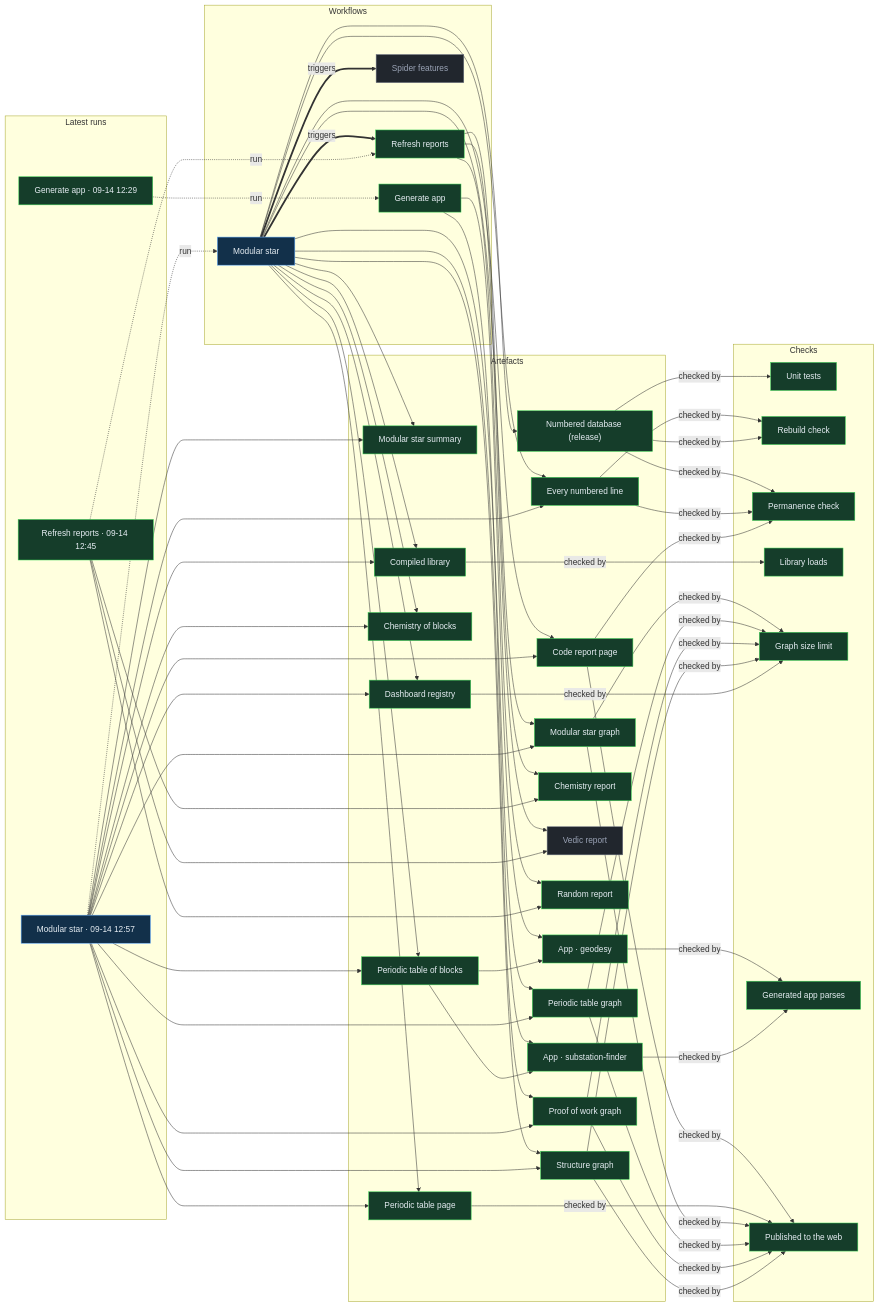
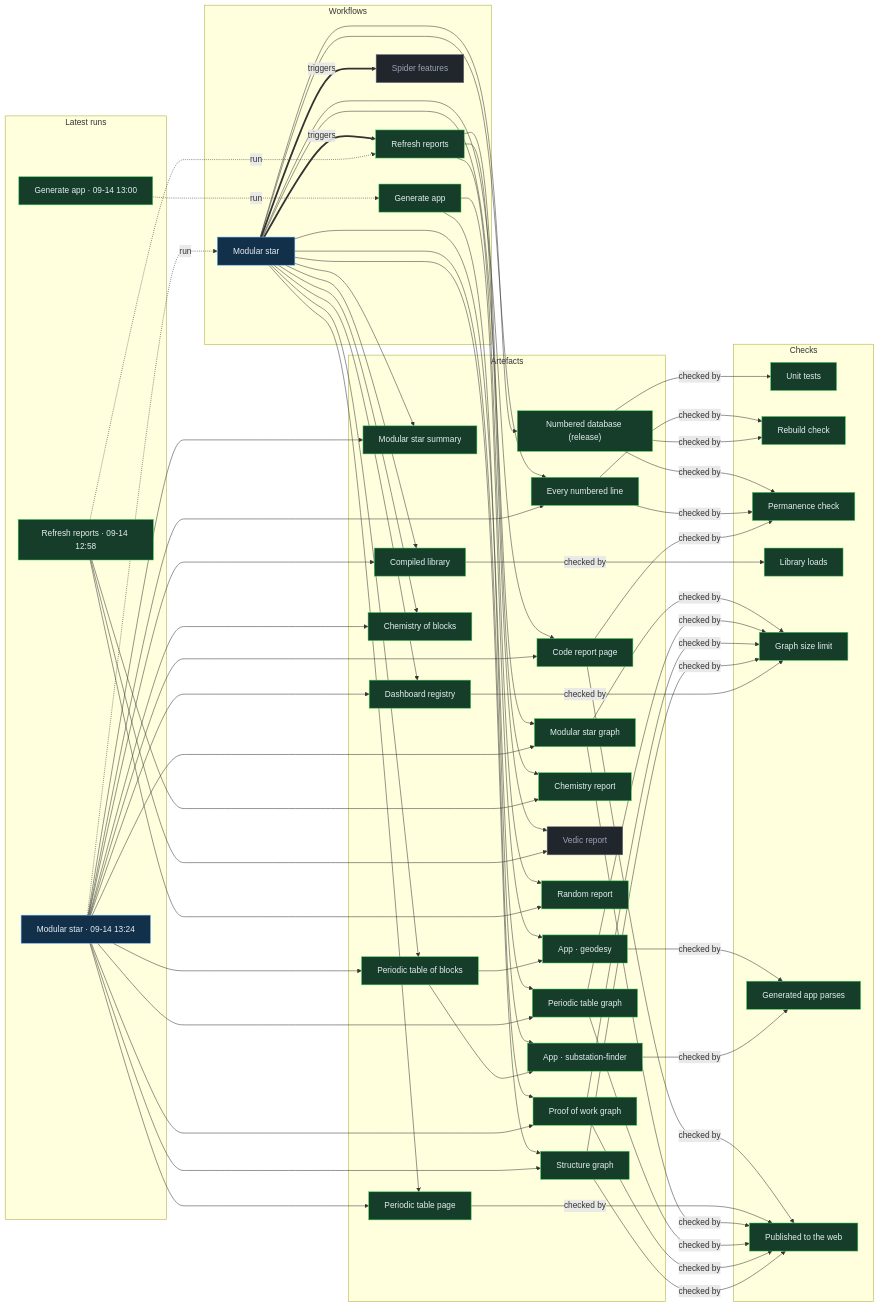
The diagram in proof/PROOF.md (Ventusltd/stars), drawn with Mermaid before and after one commit. The commit also changed other lines of this file and 77 other files, not shown here.

Commit message:
Modular star 2026-09-14T13:27Z

```diff
--- a/proof/PROOF.md
+++ b/proof/PROOF.md
@@ -24,9 +24,9 @@
   n_wf_spider_features["Spider features"]:::off
   end
   subgraph g_runs["Latest runs"]
-  n_run_34846267624["Modular star · 09-14 12:57"]:::live
-  n_run_34845193762["Refresh reports · 09-14 12:45"]:::ok
-  n_run_34843673781["Generate app · 09-14 12:29"]:::ok
+  n_run_34849019066["Modular star · 09-14 13:24"]:::live
+  n_run_34846449004["Refresh reports · 09-14 12:58"]:::ok
+  n_run_34846587798["Generate app · 09-14 13:00"]:::ok
   end
   subgraph g_artefacts["Artefacts"]
   n_art_summary["Modular star summary"]:::ok
@@ -59,39 +59,39 @@
   end
   n_wf_modular_star == triggers ==> n_wf_refresh
   n_wf_modular_star == triggers ==> n_wf_spider_features
-  n_run_34846267624 -. run .-> n_wf_modular_star
-  n_run_34845193762 -. run .-> n_wf_refresh
-  n_run_34843673781 -. run .-> n_wf_generate
+  n_run_34849019066 -. run .-> n_wf_modular_star
+  n_run_34846449004 -. run .-> n_wf_refresh
+  n_run_34846587798 -. run .-> n_wf_generate
   n_wf_modular_star --> n_art_summary
-  n_run_34846267624 --> n_art_summary
+  n_run_34849019066 --> n_art_summary
   n_wf_modular_star --> n_art_lines
-  n_run_34846267624 --> n_art_lines
+  n_run_34849019066 --> n_art_lines
   n_wf_modular_star --> n_art_code
-  n_run_34846267624 --> n_art_code
+  n_run_34849019066 --> n_art_code
   n_wf_modular_star --> n_art_modular_graph
-  n_run_34846267624 --> n_art_modular_graph
+  n_run_34849019066 --> n_art_modular_graph
   n_wf_modular_star --> n_art_blocks
-  n_run_34846267624 --> n_art_blocks
+  n_run_34849019066 --> n_art_blocks
   n_wf_modular_star --> n_art_table
-  n_run_34846267624 --> n_art_table
+  n_run_34849019066 --> n_art_table
   n_wf_modular_star --> n_art_blocks_graph
-  n_run_34846267624 --> n_art_blocks_graph
+  n_run_34849019066 --> n_art_blocks_graph
   n_wf_modular_star --> n_art_reactions
-  n_run_34846267624 --> n_art_reactions
+  n_run_34849019066 --> n_art_reactions
   n_wf_modular_star --> n_art_library
-  n_run_34846267624 --> n_art_library
+  n_run_34849019066 --> n_art_library
   n_wf_modular_star --> n_art_features
-  n_run_34846267624 --> n_art_features
+  n_run_34849019066 --> n_art_features
   n_wf_modular_star --> n_art_proof
-  n_run_34846267624 --> n_art_proof
+  n_run_34849019066 --> n_art_proof
   n_wf_modular_star --> n_art_structure
-  n_run_34846267624 --> n_art_structure
+  n_run_34849019066 --> n_art_structure
   n_wf_refresh --> n_art_chemistry
-  n_run_34845193762 --> n_art_chemistry
+  n_run_34846449004 --> n_art_chemistry
   n_wf_refresh --> n_art_vedic
-  n_run_34845193762 --> n_art_vedic
+  n_run_34846449004 --> n_art_vedic
   n_wf_refresh --> n_art_random
-  n_run_34845193762 --> n_art_random
+  n_run_34846449004 --> n_art_random
   n_wf_modular_star --> n_art_release
   n_wf_generate --> n_app_geodesy
   n_art_blocks --> n_app_geodesy
```
